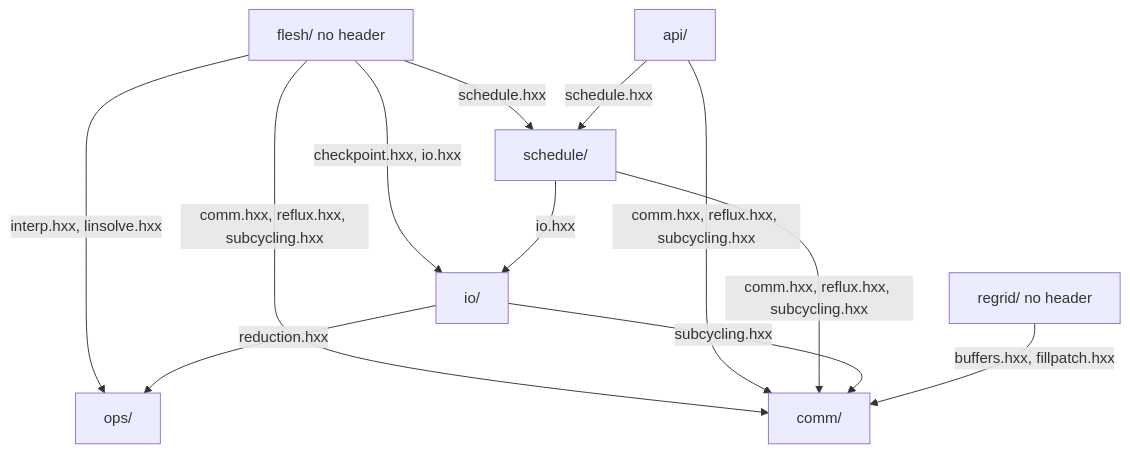
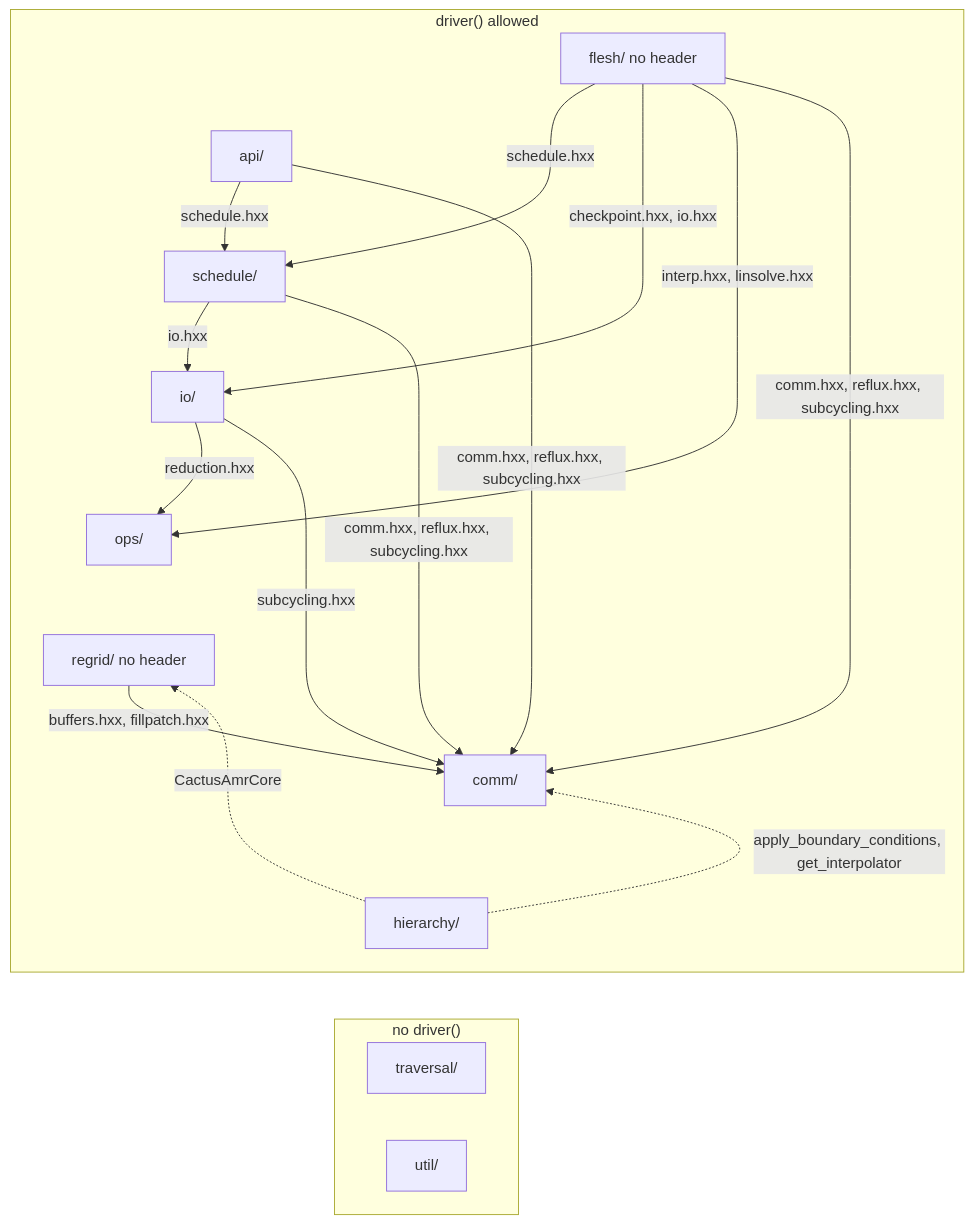
The first of 2 diagrams in agent_docs/carpetx-internals.md (lwJi/CarpetX), drawn with Mermaid before and after one commit. The commit also changed other lines of this file and 3 other files, not shown here.

First line of the commit message:
scripts/lint: doc --write draws the stack with its includes and the loop

````diff
--- a/agent_docs/carpetx-internals.md
+++ b/agent_docs/carpetx-internals.md
@@ -34,24 +7,37 @@
 ```mermaid
 flowchart TB
-  flesh["flesh/ no header"]
-  api["api/"]
-  schedule["schedule/"]
-  io["io/"]
-  ops["ops/"]
-  regrid["regrid/ no header"]
-  comm["comm/"]
+  subgraph door["driver() allowed"]
+    flesh["flesh/ no header"]
+    api["api/"]
+    schedule["schedule/"]
+    io["io/"]
+    ops["ops/"]
+    regrid["regrid/ no header"]
+    comm["comm/"]
+    hierarchy["hierarchy/"]
+  end
+  subgraph nodoor["no driver()"]
+    traversal["traversal/"]
+    util["util/"]
+  end
+  flesh ~~~ api ~~~ schedule ~~~ io ~~~ ops ~~~ regrid ~~~ comm ~~~ hierarchy ~~~ traversal ~~~ util
   flesh -- "schedule.hxx" --> schedule
   flesh -- "checkpoint.hxx, io.hxx" --> io
   flesh -- "interp.hxx, linsolve.hxx" --> ops
   flesh -- "comm.hxx, reflux.hxx, subcycling.hxx" --> comm
   api -- "schedule.hxx" --> schedule
   api -- "comm.hxx, reflux.hxx, subcycling.hxx" --> comm
   schedule -- "io.hxx" --> io
   schedule -- "comm.hxx, reflux.hxx, subcycling.hxx" --> comm
   io -- "reduction.hxx" --> ops
   io -- "subcycling.hxx" --> comm
   regrid -- "buffers.hxx, fillpatch.hxx" --> comm
-%% what each layer includes today, read from its #include lines, with the headers on the edges
-%% util/, traversal/ and hierarchy/ are not drawn: every layer reads them
-%% an edge missing here is a coupling CarpetX does not have
+  hierarchy -. "CactusAmrCore" .-> regrid
+  hierarchy -. "apply_boundary_conditions, get_interpolator" .-> comm
+%% a layer sits above every layer it may include, which the layer rule holds, and a solid edge is an include it has today, read from its #include lines, with the headers on it
+%% where no solid edge joins a layer to the one below it, the order is the rule's, not a coupling of the code
+%% the two boxes are the door rule: driver() is called in the upper box, never in the lower
+%% a dashed edge is a declaration whose body is in the higher layer, the one way a call reaches up, at link time
+%% a node names its layer, and no header where nothing can include it
+%% an edge into util/, traversal/ or hierarchy/ is not drawn: every layer above hierarchy/ reads hierarchy/driver.hxx
 ```
````
